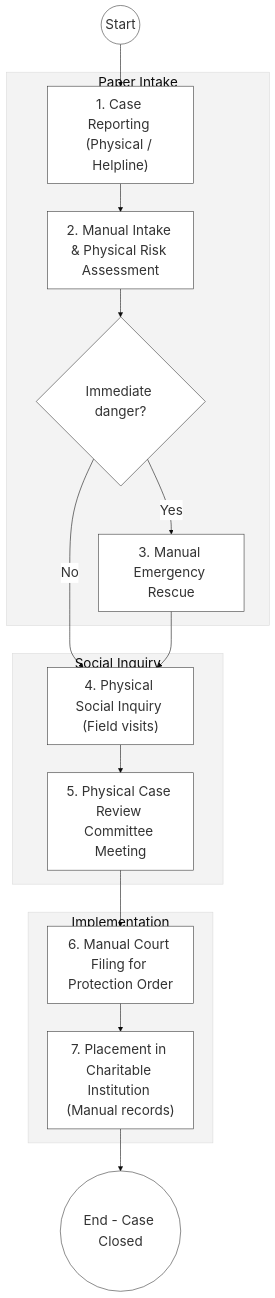
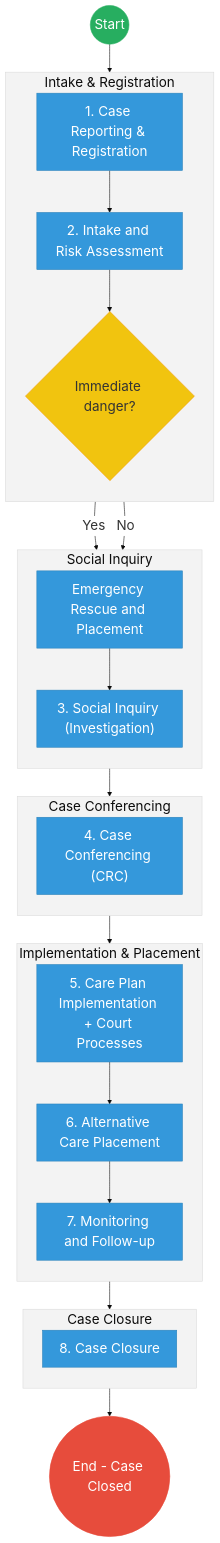
The first of 2 diagrams in mdas/docs_final/priority_mdas/State_Department_for_Children_Services___Service_Delivery.md (BITZ-IT-Consulting-LTD/ictapoc), drawn with Mermaid before and after one commit. The commit also changed other lines of this file and 90 other files, not shown here.

````diff
--- a/mdas/docs_final/priority_mdas/State_Department_for_Children_Services___Service_Delivery.md
+++ b/mdas/docs_final/priority_mdas/State_Department_for_Children_Services___Service_Delivery.md
@@ -77,24 +38,65 @@
 ```mermaid
 %%{init: { 'theme': 'base', 'themeVariables': { 'fontSize': '24px', 'fontFamily': 'Inter, system-ui, sans-serif', 'primaryColor': '#ffffff', 'edgeLabelBackground':'#ffffff', 'tertiaryColor': '#f3f3f3', 'mainBkg': '#ffffff', 'nodeBorder': '#333333' } } }%%
 flowchart TD
-    Start((Start)) --> Report["1. Case Reporting (Physical / Helpline)"]
-    
-    subgraph Intake_Silo["Paper Intake"]
-        Report --> IntakeAss["2. Manual Intake & Physical Risk Assessment"]
-        IntakeAss --> RiskGateway{"Immediate danger?"}
-        RiskGateway -- "Yes" --> EmergResc["3. Manual Emergency Rescue"]
+    %% Events
+    Start((Start))
+    EndProcess(("End - Case Closed"))
+
+    subgraph Intake_Layer["Intake & Registration"]
+        direction TB
+        Report["1. Case Reporting & Registration"]
+        IntakeAss["2. Intake and Risk Assessment"]
+        RiskGateway{"Immediate danger?"}
     end
 
     subgraph Investigation_Layer["Social Inquiry"]
-        RiskGateway -- "No" --> Investigate["4. Physical Social Inquiry (Field visits)"]
-        EmergResc --> Investigate
-        Investigate --> CRC["5. Physical Case Review Committee Meeting"]
+        direction TB
+        EmergResc["Emergency Rescue and Placement"]
+        Investigate["3. Social Inquiry (Investigation)"]
     end
 
-    subgraph Closure_Layer["Implementation"]
-        CRC --> CourtProc["6. Manual Court Filing for Protection Order"]
-        CourtProc --> Placement["7. Placement in Charitable Institution (Manual records)"]
+    subgraph Decision_Layer["Case Conferencing"]
+        direction TB
+        CRC["4. Case Conferencing (CRC)"]
     end
 
-    Placement --> EndProcess(("End - Case Closed"))
+    subgraph Intervention_Layer["Implementation & Placement"]
+        direction TB
+        CourtProc["5. Care Plan Implementation + Court Processes"]
+        Placement["6. Alternative Care Placement"]
+        Monitor["7. Monitoring and Follow-up"]
+    end
+
+    subgraph Closure_Layer["Case Closure"]
+        direction TB
+        CloseProc["8. Case Closure"]
+    end
+
+    %% Flow connections
+    Start --> Report
+    Report --> IntakeAss
+    IntakeAss --> RiskGateway
+    
+    RiskGateway -- "Yes" --> EmergResc
+    EmergResc --> Investigate
+    RiskGateway -- "No" --> Investigate
+    
+    Investigate --> CRC
+    CRC --> CourtProc
+    CourtProc --> Placement
+    
+    Placement --> Monitor
+    Monitor --> CloseProc
+    CloseProc --> EndProcess
+
+    %% Styling
+    classDef startEvent fill:#27ae60,stroke:#27ae60,color:#fff,font-size:24px;;
+    classDef endEvent fill:#e74c3c,stroke:#e74c3c,color:#fff,font-size:24px;;
+    classDef userTask fill:#3498db,stroke:#2980b9,color:#fff,font-size:24px;;
+    classDef gateway fill:#f1c40f,stroke:#f39c12,color:#333,font-size:24px;;
+    
+    class Start startEvent;
+    class EndProcess endEvent;
+    class RiskGateway gateway;
+    class Report,IntakeAss,EmergResc,Investigate,CRC,CourtProc,Placement,Monitor,CloseProc userTask;
 ```
````
